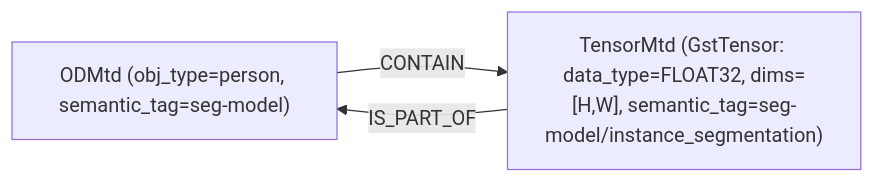
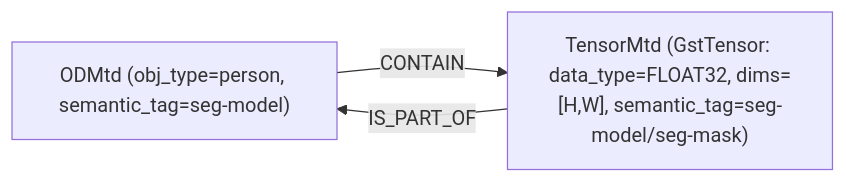
Before and after one commit to OskarFiedot/DLStreamer: diagram 11 of 17 in docs/user-guide/dev_guide/metadata_relations_diagrams.md, drawn with Mermaid. The commit also changed other lines of this file, not shown here.

````diff
--- a/docs/user-guide/dev_guide/metadata_relations_diagrams.md
+++ b/docs/user-guide/dev_guide/metadata_relations_diagrams.md
@@ -202,7 +266,7 @@
 ```mermaid
 graph LR
   OD["ODMtd (obj_type=person, semantic_tag=seg-model)"]
-  T["TensorMtd (GstTensor: data_type=FLOAT32, dims=[H,W], semantic_tag=seg-model/instance_segmentation)"]
+  T["TensorMtd (GstTensor: data_type=FLOAT32, dims=[H,W], semantic_tag=seg-model/seg-mask)"]
   OD -->|CONTAIN| T
   T -->|IS_PART_OF| OD
 ```
````
